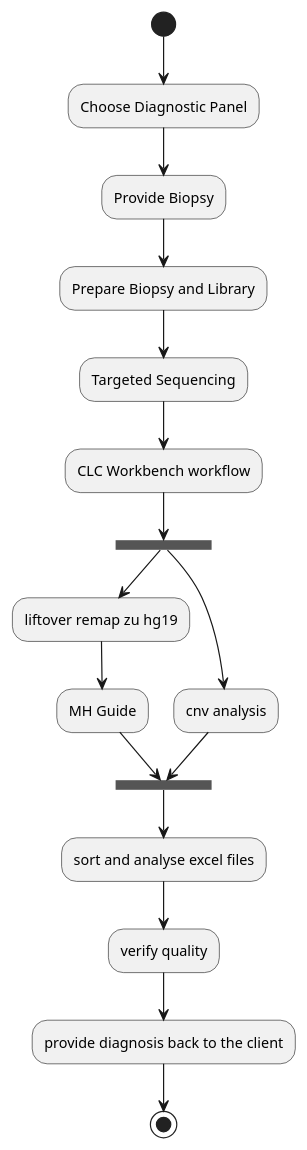
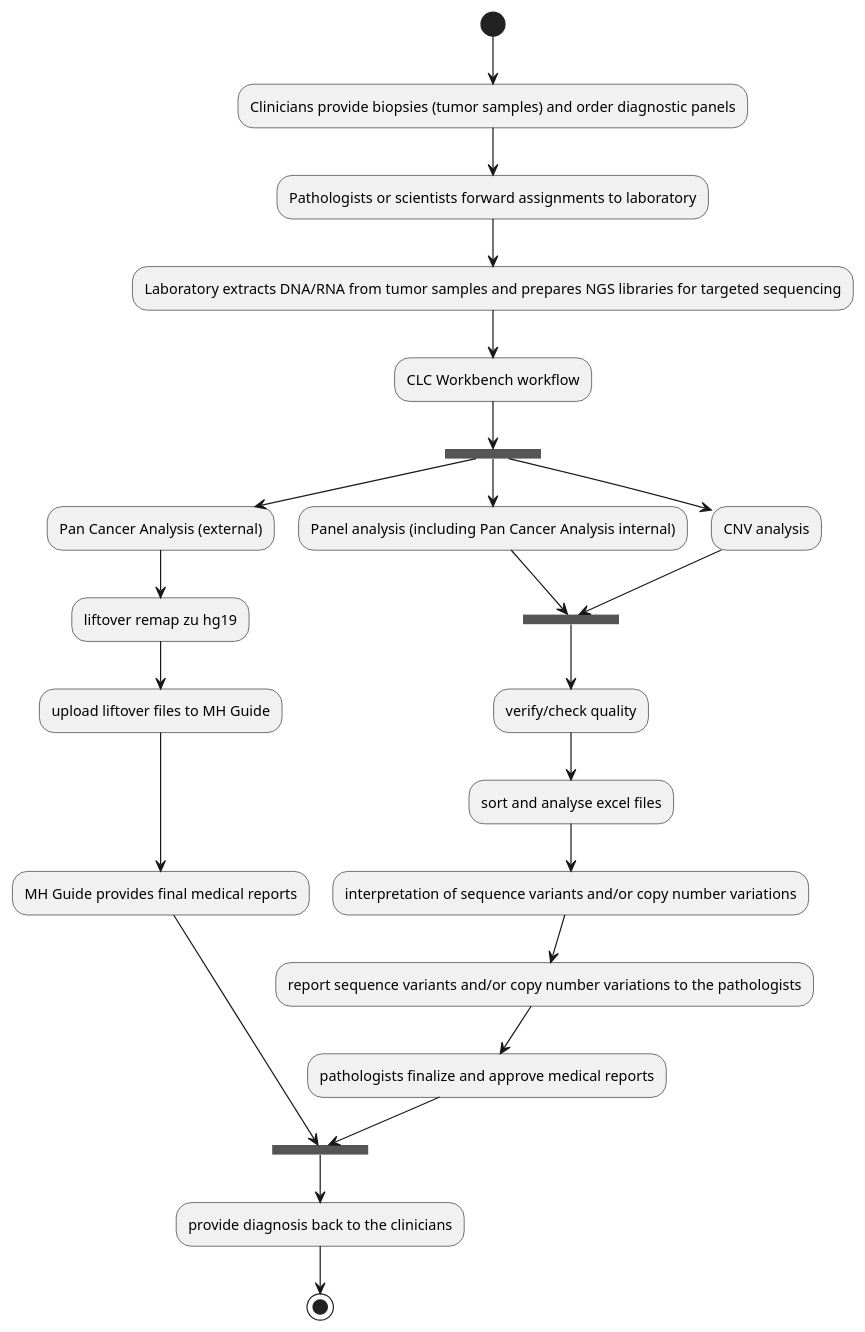
One commit to feiloo/ngs_pipeline changed the diagram in docs/activity_diagram.puml. Above: the diagram before and after it, drawn with PlantUML.

Commit message:
Extended the activity_diagram

```diff
--- a/docs/activity_diagram.puml
+++ b/docs/activity_diagram.puml
@@ -1,20 +1,29 @@
 @startuml
-(*) --> "Choose Diagnostic Panel"
---> "Provide Biopsy"
---> "Prepare Biopsy and Library"
---> "Targeted Sequencing"
+(*) --> "Clinicians provide biopsies (tumor samples) and order diagnostic panels"
+--> "Pathologists or scientists forward assignments to laboratory"
+--> "Laboratory extracts DNA/RNA from tumor samples and prepares NGS libraries for targeted sequencing"
 --> "CLC Workbench workflow"
 
 --> ===B1===
+--> "Pan Cancer Analysis (external)"
 --> "liftover remap zu hg19"
---> "MH Guide"
+--> "upload liftover files to MH Guide"
+--> "MH Guide provides final medical reports"
+--> ===B3===
+
+===B1=== --> "Panel analysis (including Pan Cancer Analysis internal)"
 --> ===B2===
 
-===B1=== --> "cnv analysis"
+===B1=== --> "CNV analysis"
 --> ===B2===
 
---> "sort and analyse excel files" 
---> "verify quality"
---> "provide diagnosis back to the client"
+===B2=== --> "verify/check quality"
+--> "sort and analyse excel files"
+--> "interpretation of sequence variants and/or copy number variations"
+--> "report sequence variants and/or copy number variations to the pathologists"
+--> "pathologists finalize and approve medical reports"
+--> ===B3===
+
+--> "provide diagnosis back to the clinicians"
 --> (*)
 @enduml
```
